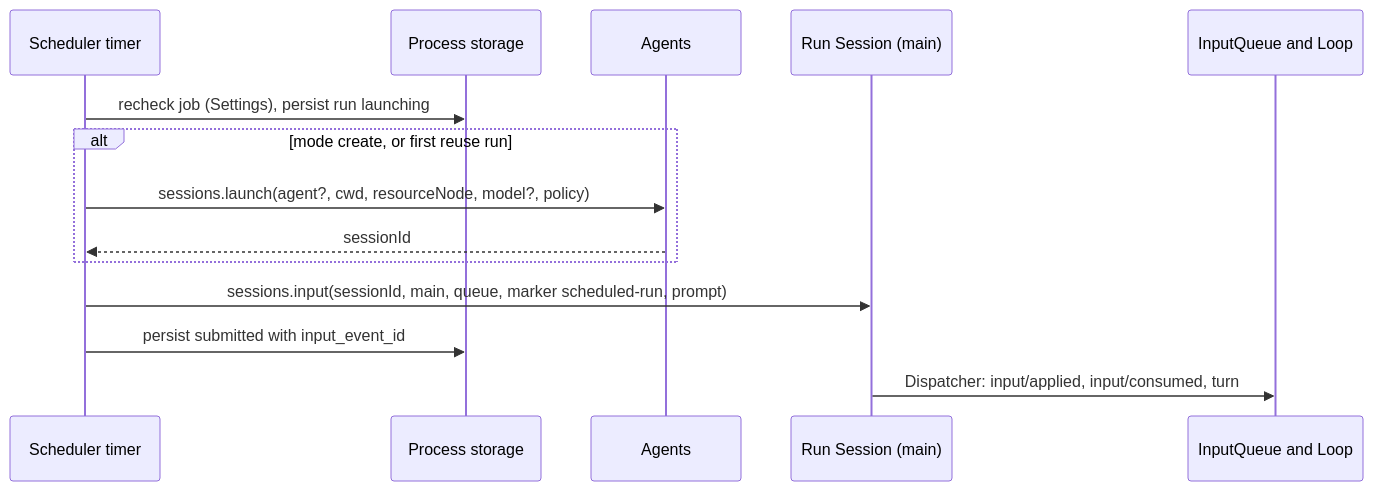
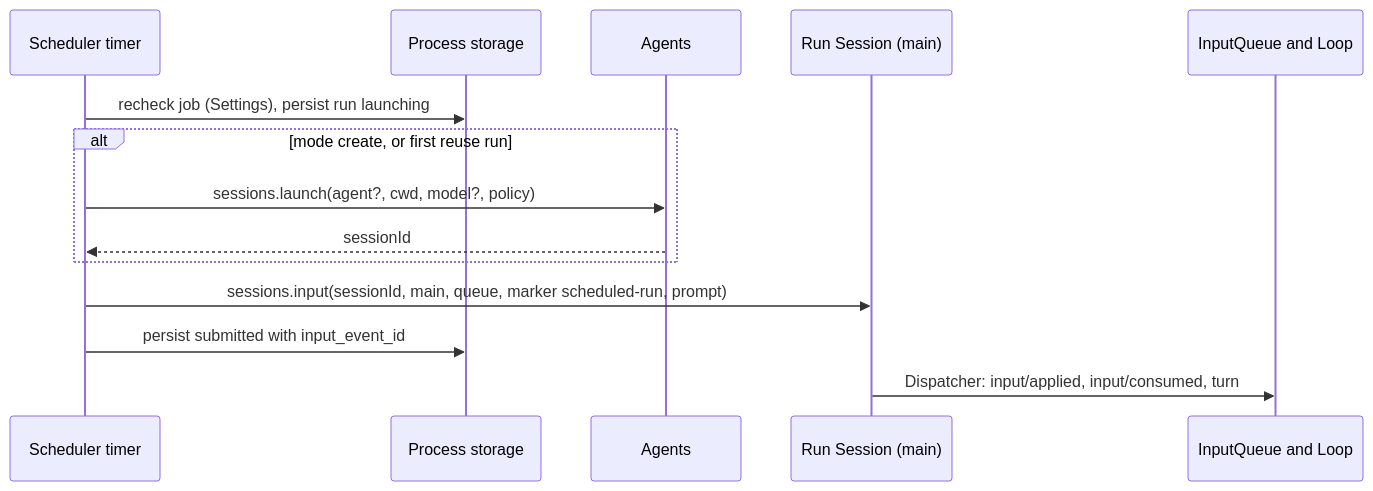
Before and after one commit to CoutinhoTTS/dim-agent: the third of 6 diagrams in docs/design/plugins/Scheduler.md, drawn with Mermaid. The commit also changed other lines of this file and 27 other files, not shown here.

````diff
--- a/docs/design/plugins/Scheduler.md
+++ b/docs/design/plugins/Scheduler.md
@@ -96,16 +96,16 @@
 ```mermaid
 sequenceDiagram
   participant T as Scheduler timer
   participant ST as Process storage
   participant AG as Agents
   participant S as Run Session (main)
   participant IQ as InputQueue and Loop
   T->>ST: recheck job (Settings), persist run launching
   alt mode create, or first reuse run
-    T->>AG: sessions.launch(agent?, cwd, resourceNode, model?, policy)
+    T->>AG: sessions.launch(agent?, cwd, model?, policy)
     AG-->>T: sessionId
   end
   T->>S: sessions.input(sessionId, main, queue, marker scheduled-run, prompt)
   T->>ST: persist submitted with input_event_id
   S->>IQ: Dispatcher: input/applied, input/consumed, turn
 ```
````
